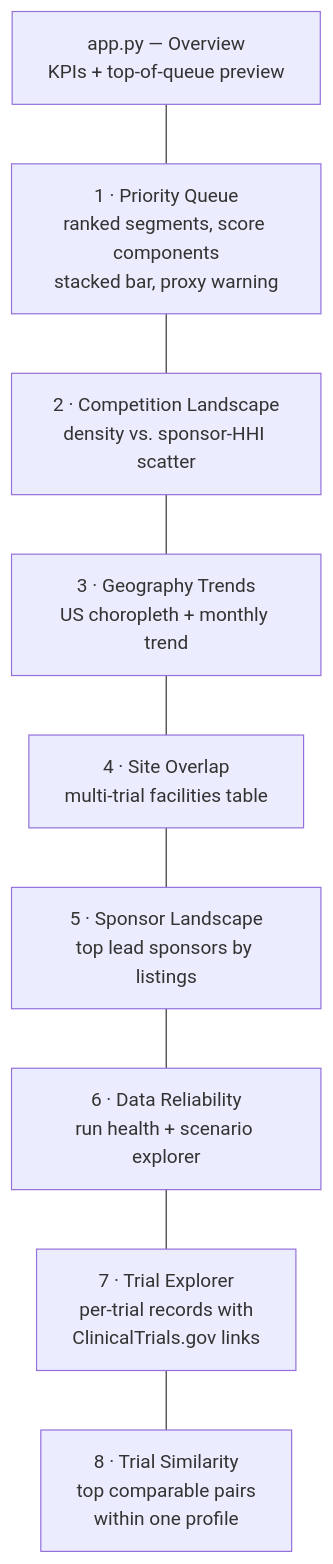
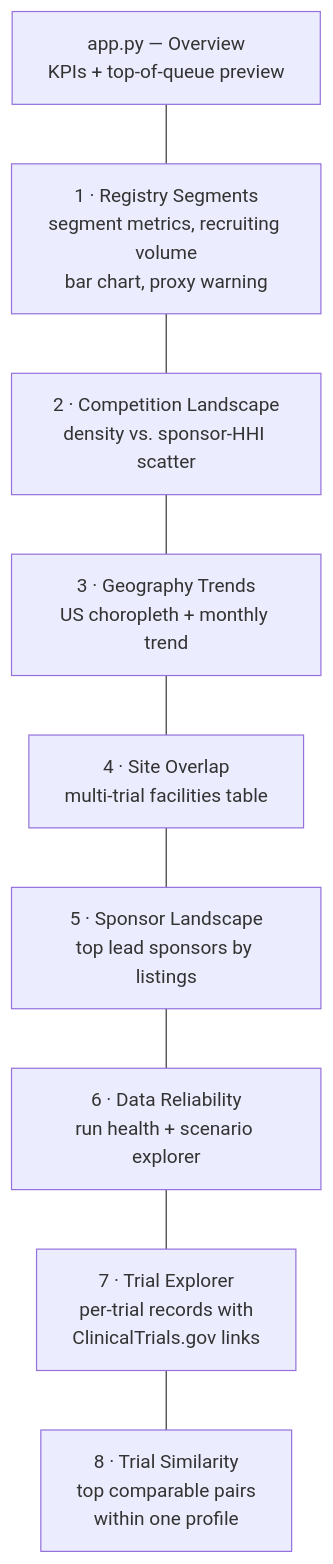
Before and after one commit to ne1cc/cti-dashboard: the seventh of 10 diagrams in PROJECT_DOCUMENTATION.md, drawn with Mermaid. The commit also changed other lines of this file and 22 other files, not shown here.

````diff
--- a/PROJECT_DOCUMENTATION.md
+++ b/PROJECT_DOCUMENTATION.md
@@ -580,13 +581,13 @@
 ```mermaid
 flowchart TB
     APP["app.py — Overview<br/>KPIs + top-of-queue preview"]
-    P1["1 · Priority Queue<br/>ranked segments, score components<br/>stacked bar, proxy warning"]
+    P1["1 · Registry Segments<br/>segment metrics, recruiting volume<br/>bar chart, proxy warning"]
     P2["2 · Competition Landscape<br/>density vs. sponsor-HHI scatter"]
     P3["3 · Geography Trends<br/>US choropleth + monthly trend"]
     P4["4 · Site Overlap<br/>multi-trial facilities table"]
     P5["5 · Sponsor Landscape<br/>top lead sponsors by listings"]
     P6["6 · Data Reliability<br/>run health + scenario explorer"]
     P7["7 · Trial Explorer<br/>per-trial records with<br/>ClinicalTrials.gov links"]
     P8["8 · Trial Similarity<br/>top comparable pairs<br/>within one profile"]
     APP --- P1 --- P2 --- P3 --- P4 --- P5 --- P6 --- P7 --- P8
 ```
````
